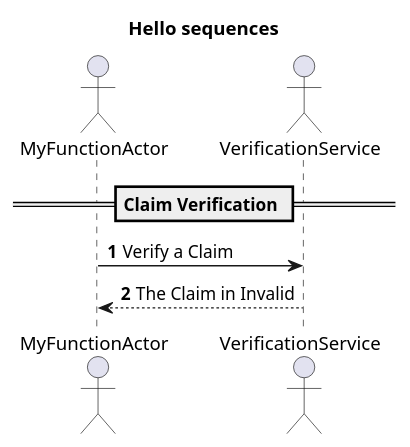
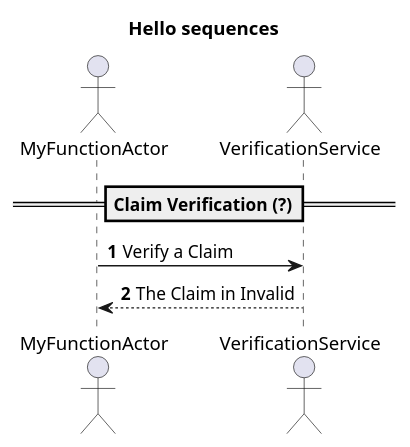
One commit to siudeks/tech-spikes changed the diagram in 001-akka-actor-as-function-orchestrator/src/main/java/net/siudek/dev/example1/Orchestration.puml. Above: the diagram before and after it, drawn with PlantUML.

Commit message:
pUml generation test

```diff
--- a/001-akka-actor-as-function-orchestrator/src/main/java/net/siudek/dev/example1/Orchestration.puml
+++ b/001-akka-actor-as-function-orchestrator/src/main/java/net/siudek/dev/example1/Orchestration.puml
@@ -1,11 +1,11 @@
 @startuml
 title Hello sequences
 
 actor MyFunctionActor
 actor VerificationService
 
 autonumber
-== Claim Verification ==
+== Claim Verification (?)==
 MyFunctionActor -> VerificationService : Verify a Claim
 VerificationService --> MyFunctionActor : The Claim in Invalid
 @enduml
```
